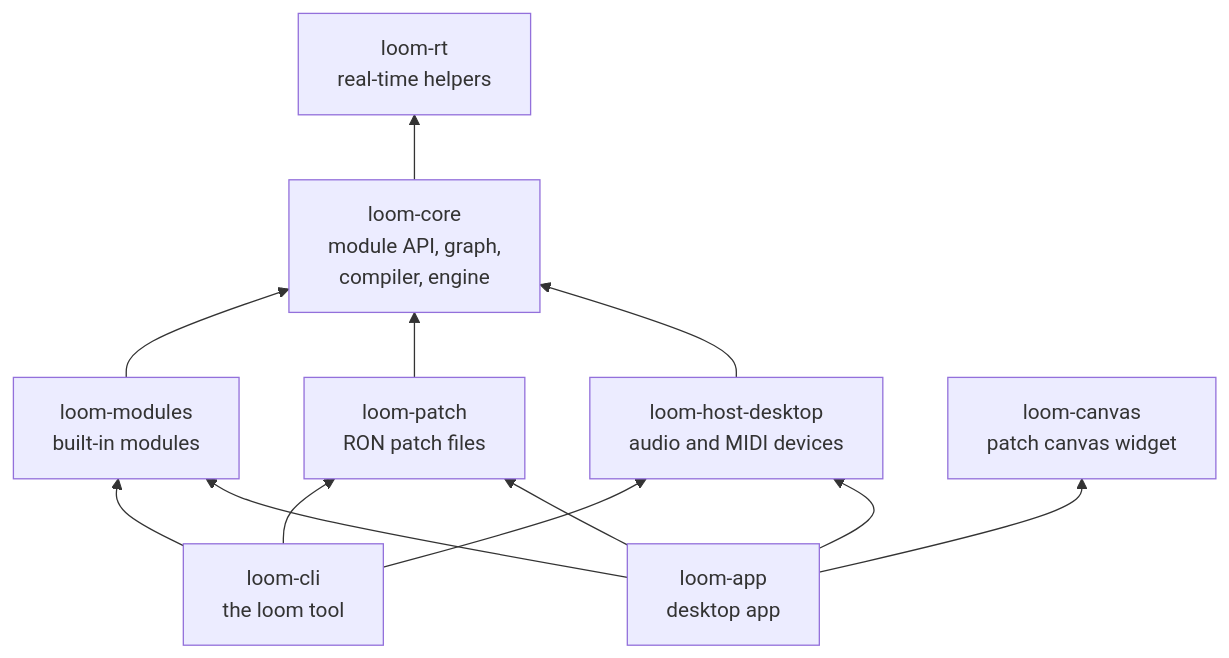
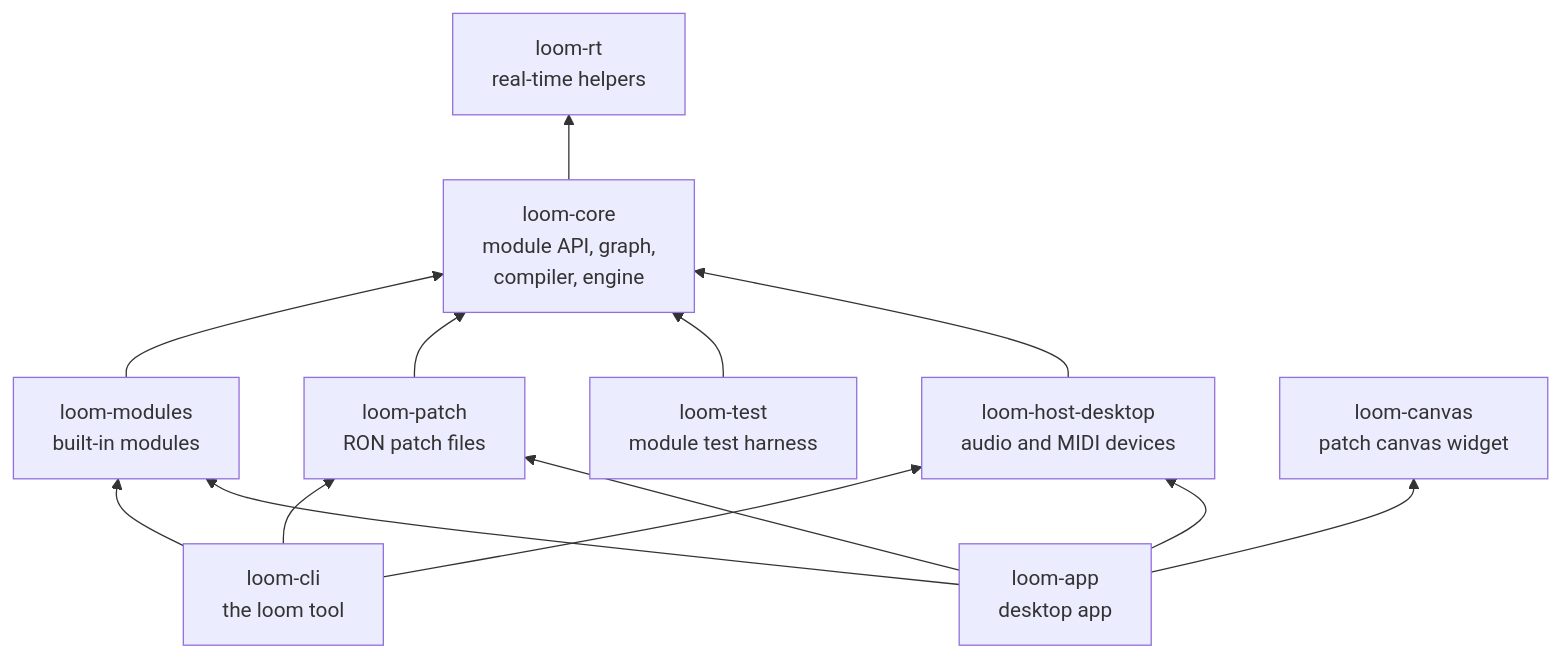
One commit to Aaqibhafeezkhan/LoomDSP changed the first of 2 diagrams in docs/dev/architecture.md. Above: the diagram before and after it, drawn with Mermaid. The commit also changed other lines of this file and 24 other files, not shown here.

First line of the commit message:
Module test harness with reference audio (#42) (#82)

````diff
--- a/docs/dev/architecture.md
+++ b/docs/dev/architecture.md
@@ -7,18 +7,20 @@
 ```mermaid
 flowchart BT
     rt[loom-rt<br/>real-time helpers]
     core[loom-core<br/>module API, graph,<br/>compiler, engine]
     modules[loom-modules<br/>built-in modules]
     patch[loom-patch<br/>RON patch files]
+    test[loom-test<br/>module test harness]
     host[loom-host-desktop<br/>audio and MIDI devices]
     canvas[loom-canvas<br/>patch canvas widget]
     cli[loom-cli<br/>the loom tool]
     app[loom-app<br/>desktop app]
 
     core --> rt
     modules --> core
     patch --> core
+    test --> core
     host --> core
     cli --> modules & patch & host
     app --> modules & patch & host & canvas
 ```
````
